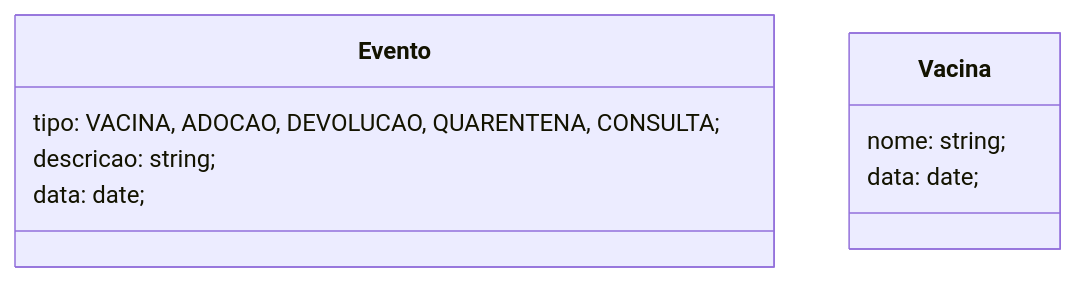
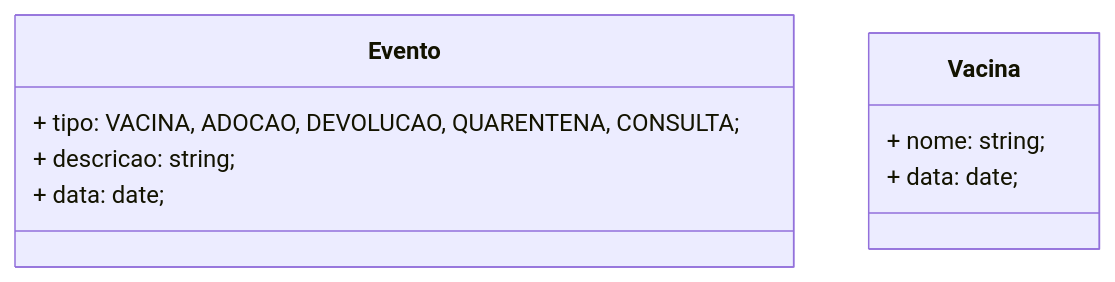
The eighth of 8 diagrams in docs/uml.md (Alisson014/projeto-1-poo-sistema-adocao-animais), drawn with Mermaid before and after one commit. The commit also changed other lines of this file, not shown here.

````diff
--- a/docs/uml.md
+++ b/docs/uml.md
@@ -308,14 +310,14 @@
 ```mermaid
 classDiagram
     class Evento {
-        tipo: VACINA, ADOCAO, DEVOLUCAO, QUARENTENA, CONSULTA;
-        descricao: string;
-        data: date;
+        + tipo: VACINA, ADOCAO, DEVOLUCAO, QUARENTENA, CONSULTA;
+        + descricao: string;
+        + data: date;
     }
 
     class Vacina {
-        nome: string;
-        data: date;
+        + nome: string;
+        + data: date;
     }
 
 ```
````
